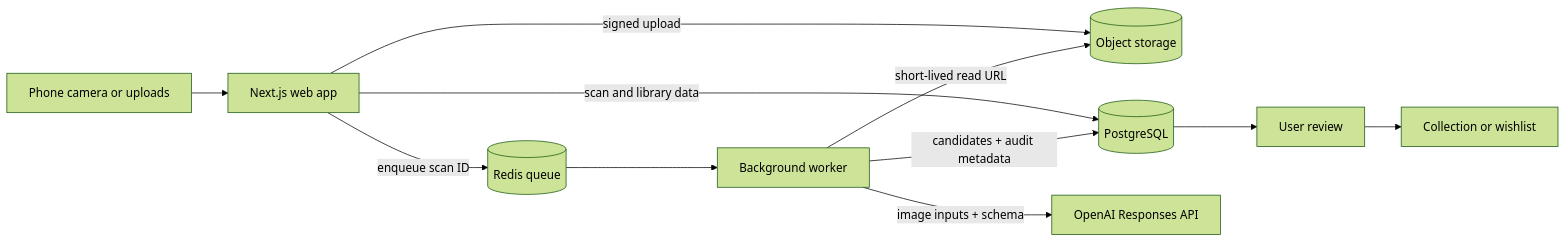
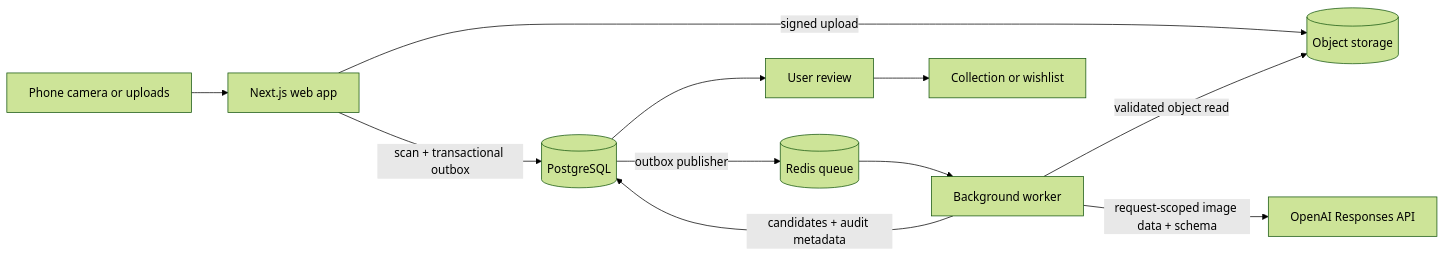
The diagram in docs/ARCHITECTURE.md (jessig1/vinylhound_new), drawn with Mermaid (forest theme) before and after one commit. The commit also changed other lines of this file and 85 other files, not shown here.

First line of the commit message:
Add single-image scan vertical slice and agent handoff docs

````diff
--- a/docs/ARCHITECTURE.md
+++ b/docs/ARCHITECTURE.md
@@ -7,13 +7,13 @@
 ```mermaid
 flowchart LR
   Phone[Phone camera or uploads] --> Web[Next.js web app]
   Web -->|signed upload| Objects[(Object storage)]
-  Web -->|scan and library data| DB[(PostgreSQL)]
-  Web -->|enqueue scan ID| Queue[(Redis queue)]
+  Web -->|scan + transactional outbox| DB[(PostgreSQL)]
+  DB -->|outbox publisher| Queue[(Redis queue)]
   Queue --> Worker[Background worker]
-  Worker -->|short-lived read URL| Objects
-  Worker -->|image inputs + schema| OpenAI[OpenAI Responses API]
+  Worker -->|validated object read| Objects
+  Worker -->|request-scoped image data + schema| OpenAI[OpenAI Responses API]
   Worker -->|candidates + audit metadata| DB
   DB --> Review[User review]
   Review --> Lists[Collection or wishlist]
 ```
````
